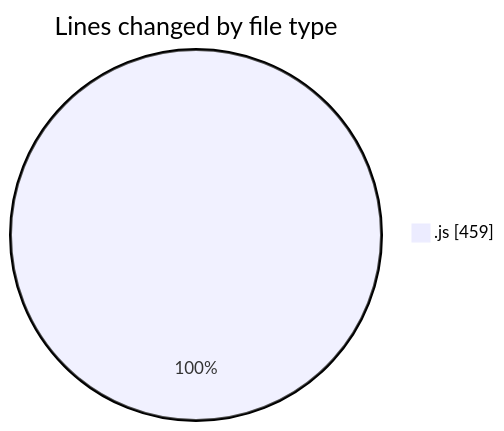
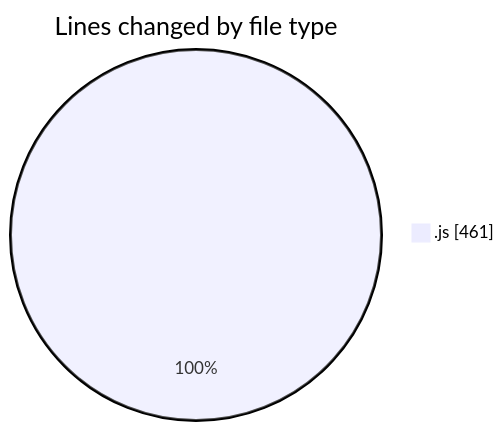
One commit to momahboobian/code-tracking changed the first of 2 diagrams in 2025-02-03/cda/README.md. Above: the diagram before and after it, drawn with Mermaid. The commit also changed other lines of this file and 1 other file, not shown here.

````diff
--- a/2025-02-03/cda/README.md
+++ b/2025-02-03/cda/README.md
@@ -23,5 +23,5 @@
 ```mermaid
 pie showData
 title Lines changed by file type
-".js" : 459
+".js" : 461
 ```
````
